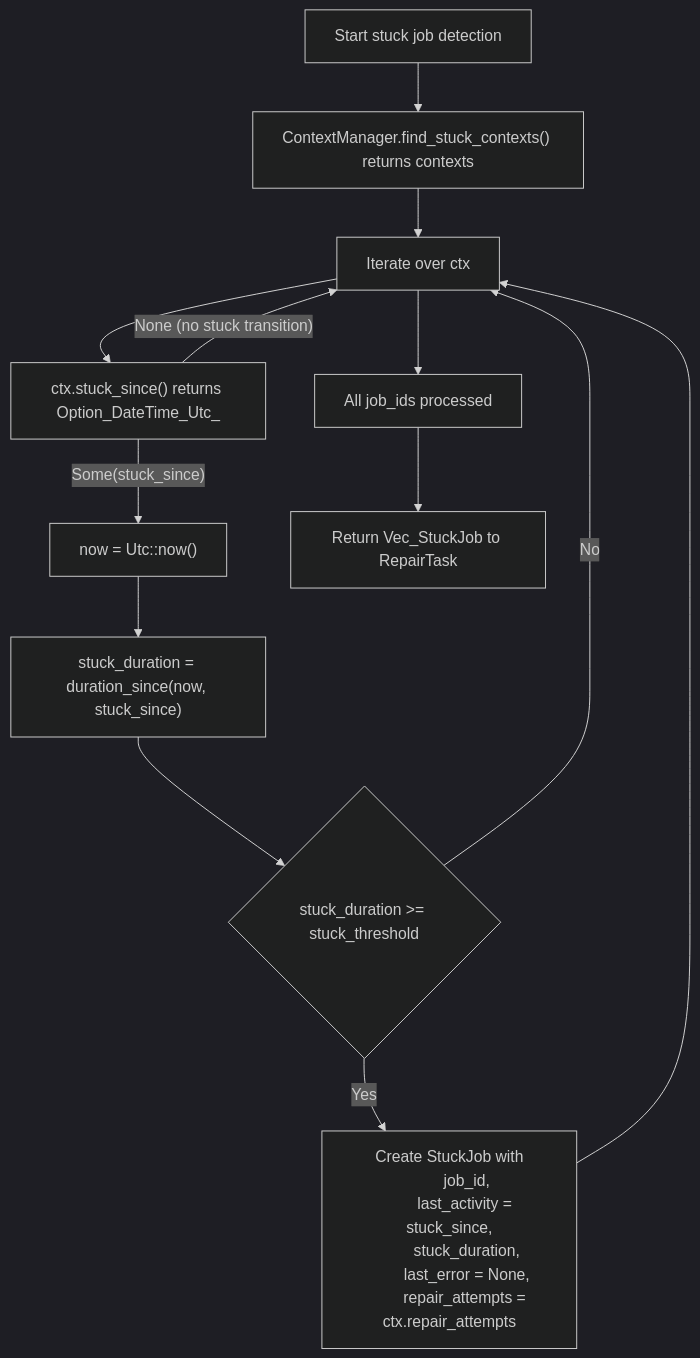
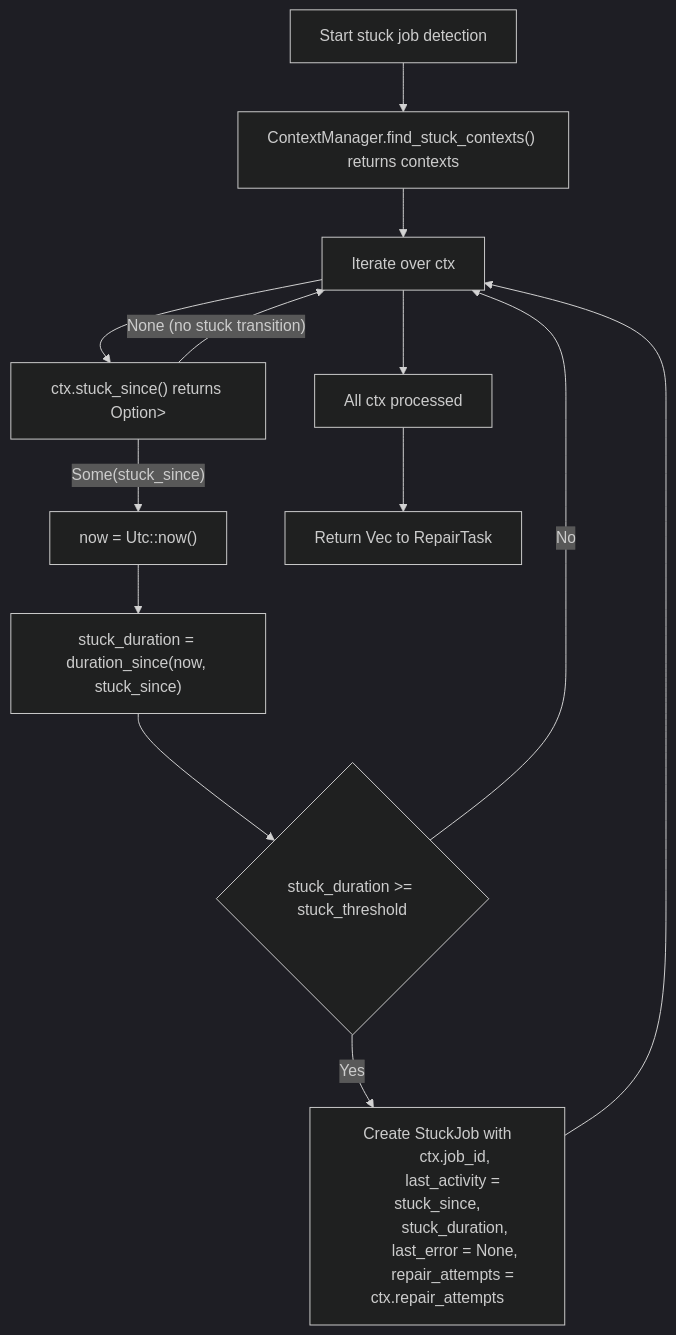
Before and after one commit to leynos/axinite: the second of 2 diagrams in docs/jobs-and-routines.md, drawn with Mermaid (dark theme). The commit also changed 7 other files, not shown here.

````diff
--- a/docs/jobs-and-routines.md
+++ b/docs/jobs-and-routines.md
@@ -206,23 +206,23 @@
 ```mermaid
 flowchart TD
     A["Start stuck job detection"] --> B["ContextManager.find_stuck_contexts() returns contexts"]
     B --> C["Iterate over ctx"]
 
-    C --> D["ctx.stuck_since() returns Option_DateTime_Utc_"]
+    C --> D["ctx.stuck_since() returns Option<DateTime<Utc>>"]
     D -->|"None (no stuck transition)"| C
     D -->|"Some(stuck_since)"| E["now = Utc::now()"]
     E --> F["stuck_duration = duration_since(now, stuck_since)"]
 
     F --> G{"stuck_duration >= stuck_threshold"}
     G -->|"No"| C
     G -->|"Yes"| H["Create StuckJob with
-        job_id,
+        ctx.job_id,
         last_activity = stuck_since,
         stuck_duration,
         last_error = None,
         repair_attempts = ctx.repair_attempts"]
 
     H --> C
-    C --> J["All job_ids processed"]
-    J --> K["Return Vec_StuckJob to RepairTask"]
+    C --> J["All ctx processed"]
+    J --> K["Return Vec<StuckJob> to RepairTask"]
 ```
````
